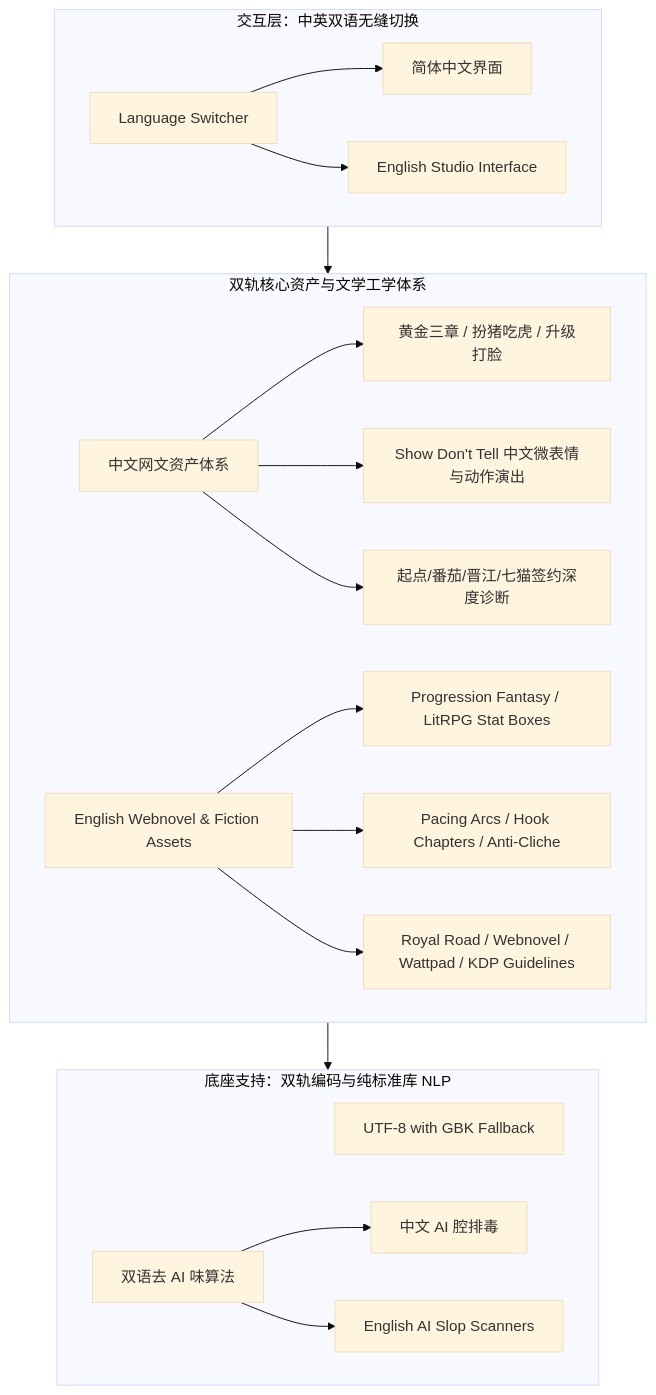
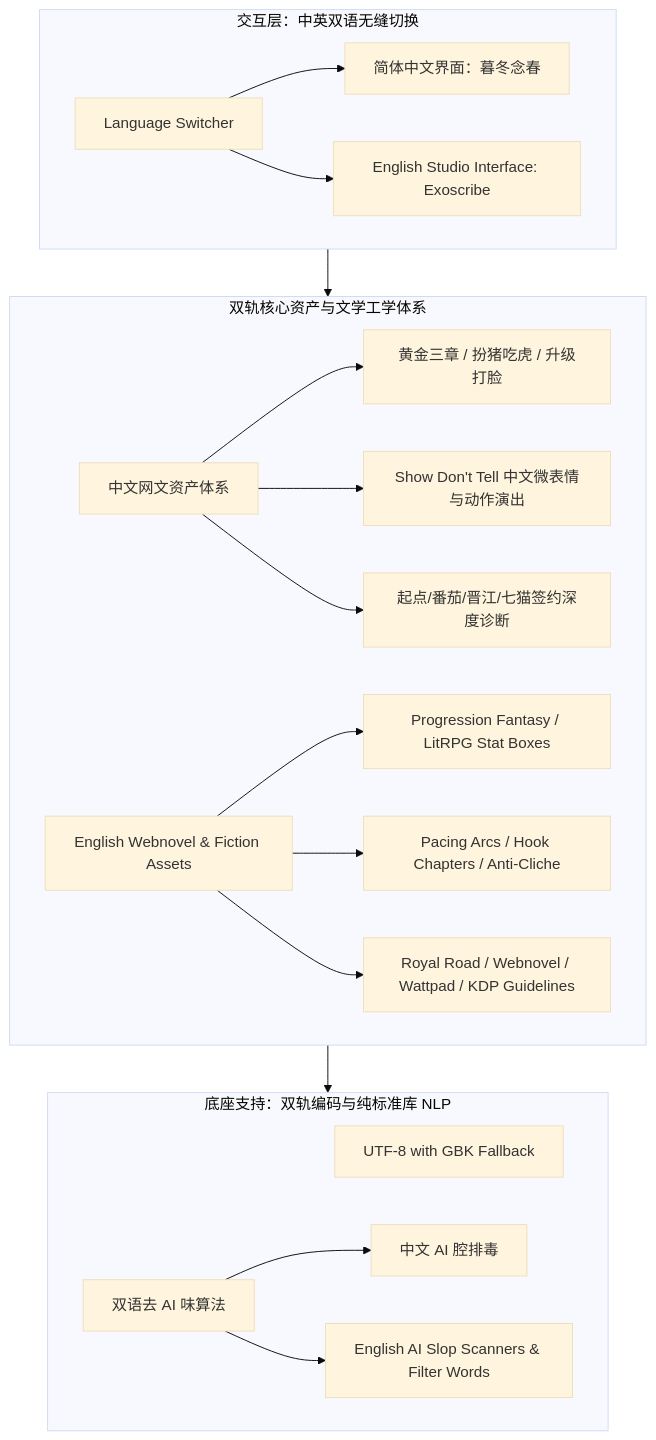
The third of 5 diagrams in ROADMAP.md (monesyilya3-Niko/novel-lab), drawn with Mermaid (base theme) before and after one commit. The commit also changed other lines of this file and 2 other files, not shown here.

Commit message:
docs: 锁定品牌命名 暮冬念春 / Exoscribe 及双语度量门禁与国际化扩展

````diff
--- a/ROADMAP.md
+++ b/ROADMAP.md
@@ -81,31 +103,31 @@
 ```mermaid
 graph TD
     subgraph UI_Layer [交互层：中英双语无缝切换]
         LangSwitch[Language Switcher]
-        LangSwitch --> CN_UI[简体中文界面]
-        LangSwitch --> EN_UI[English Studio Interface]
+        LangSwitch --> CN_UI[简体中文界面：暮冬念春]
+        LangSwitch --> EN_UI[English Studio Interface: Exoscribe]
     end
 
     subgraph Core_Assets [双轨核心资产与文学工学体系]
         CN_Assets[中文网文资产体系]
         EN_Assets[English Webnovel & Fiction Assets]
         
         CN_Assets --> CN_1[黄金三章 / 扮猪吃虎 / 升级打脸]
         CN_Assets --> CN_2[Show Don't Tell 中文微表情与动作演出]
         CN_Assets --> CN_3[起点/番茄/晋江/七猫签约深度诊断]
 
         EN_Assets --> EN_1[Progression Fantasy / LitRPG Stat Boxes]
         EN_Assets --> EN_2[Pacing Arcs / Hook Chapters / Anti-Cliche]
         EN_Assets --> EN_3[Royal Road / Webnovel / Wattpad / KDP Guidelines]
     end
 
     subgraph Engine_Layer [底座支持：双轨编码与纯标准库 NLP]
         Encoding[UTF-8 with GBK Fallback]
         DeslopEngine[双语去 AI 味算法]
         DeslopEngine --> CN_Deslop[中文 AI 腔排毒]
-        DeslopEngine --> EN_Deslop[English AI Slop Scanners]
+        DeslopEngine --> EN_Deslop[English AI Slop Scanners & Filter Words]
     end
 
     UI_Layer --> Core_Assets
     Core_Assets --> Engine_Layer
 ```
````
